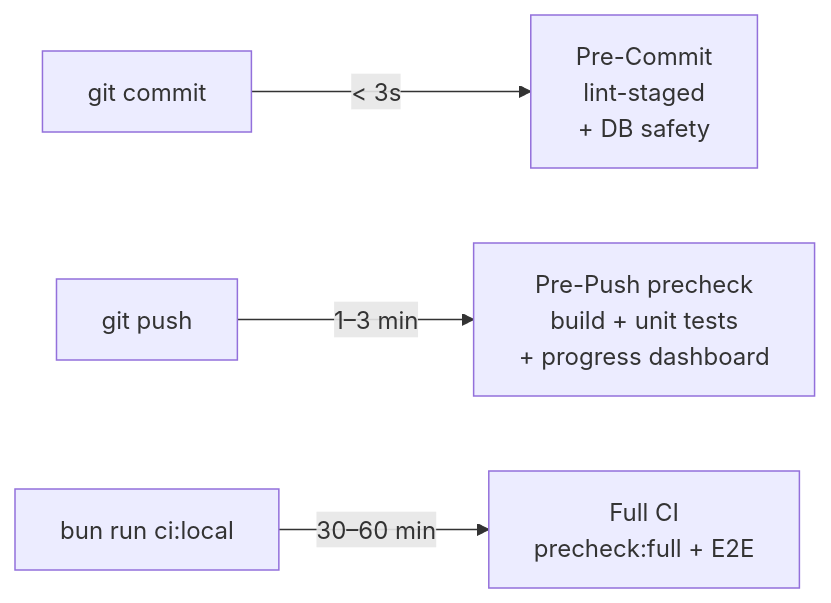
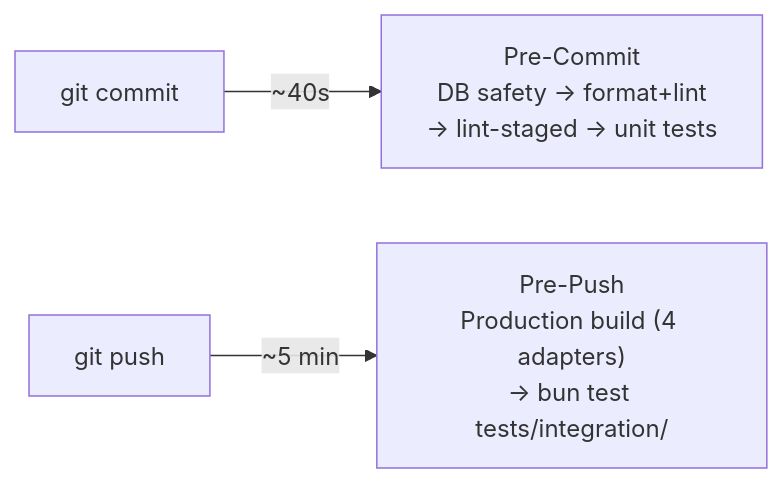
One commit to SveltyCMS/SveltyCMS changed the diagram in docs/tests/git-workflow.mdx. Above: the diagram before and after it, drawn with Mermaid. The commit also changed other lines of this file and 248 other files, not shown here.

First line of the commit message:
feat: outbox, plugin storage, schema lifecycle hooks, and test overhaul

````diff
--- a/docs/tests/git-workflow.mdx
+++ b/docs/tests/git-workflow.mdx
@@ -192,6 +175,5 @@
 ```mermaid
 flowchart LR
-    A["git commit"] -->|"< 3s"| B["Pre-Commit<br/>lint-staged<br/>+ DB safety"]
-    C["git push"] -->|"1–3 min"| D["Pre-Push precheck<br/>build + unit tests<br/>+ progress dashboard"]
-    E["bun run ci:local"] -->|"30–60 min"| F["Full CI<br/>precheck:full + E2E"]
+    A["git commit"] -->|"~40s"| B["Pre-Commit<br/>DB safety → format+lint<br/>→ lint-staged → unit tests"]
+    C["git push"] -->|"~5 min"| D["Pre-Push<br/>Production build (4 adapters)<br/>→ bun test tests/integration/"]
 ```
````
